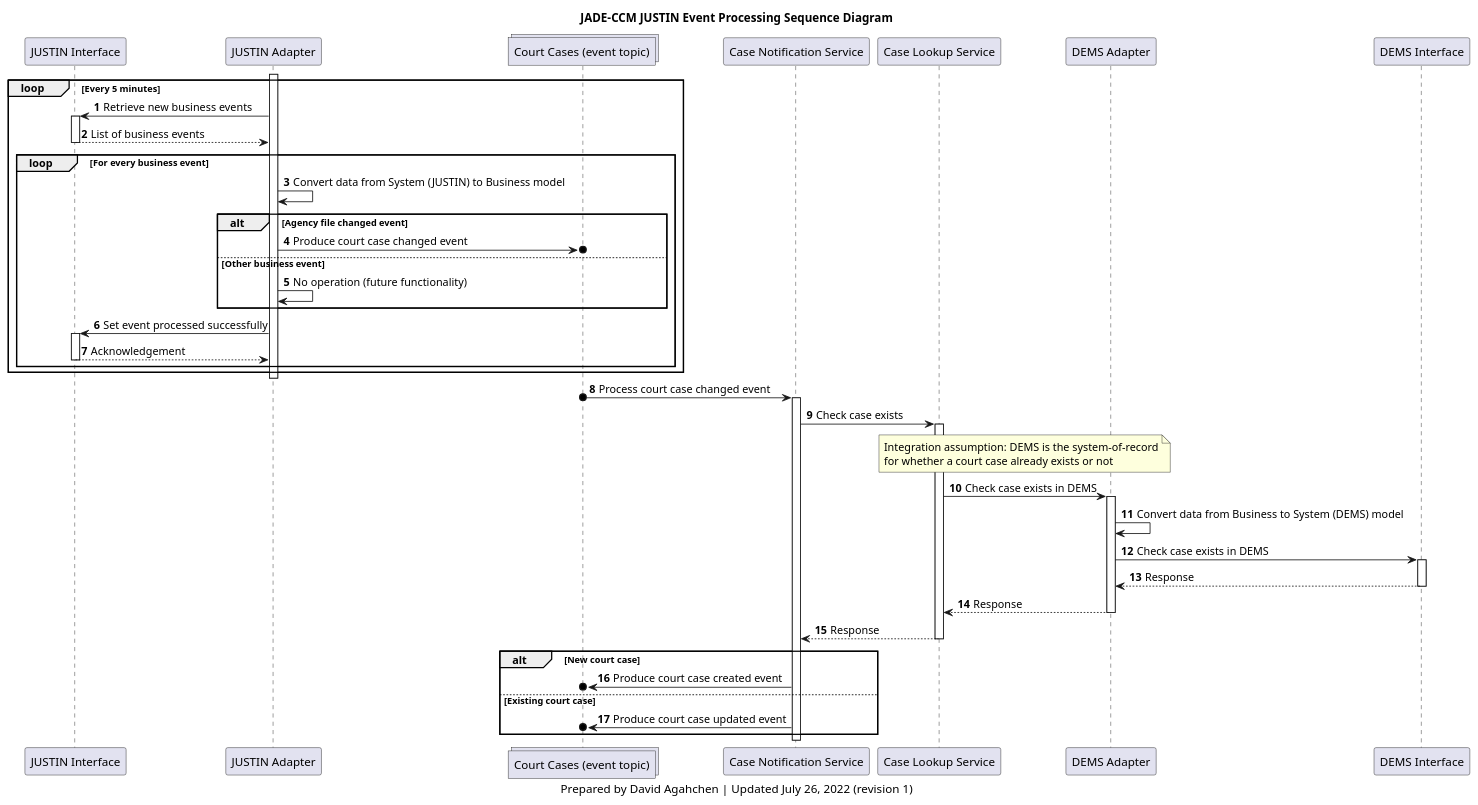
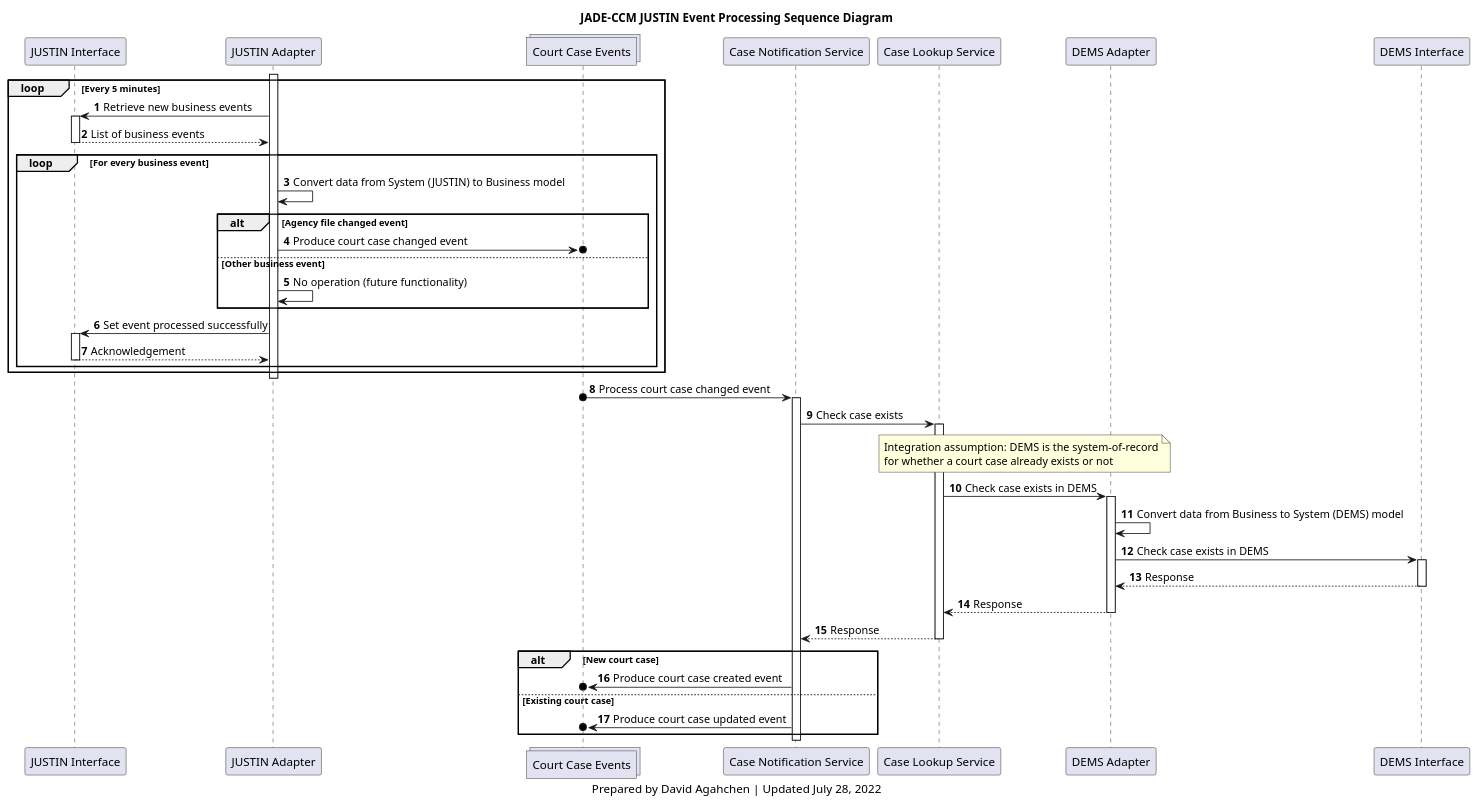
The diagram in img/src/ccm_justin_event_processing_sequence_diagram.plantuml (bcgov/jpss-jade-ccm), drawn with PlantUML before and after one commit. The commit also changed 13 other files, not shown here.

```diff
--- a/img/src/ccm_justin_event_processing_sequence_diagram.plantuml
+++ b/img/src/ccm_justin_event_processing_sequence_diagram.plantuml
@@ -1,67 +1,67 @@
 @startuml
 'hide footbox
 participant j_interface as "JUSTIN Interface"
 participant j_adapter as "JUSTIN Adapter"
-collections court_cases_topic as "Court Cases (event topic)"
+collections court_cases_topic as "Court Case Events"
 participant case_notification_service as "Case Notification Service"
 participant case_lookup_service as "Case Lookup Service"
 participant d_adapter as "DEMS Adapter"
 participant d_interface as "DEMS Interface"
 
 title
 JADE-CCM JUSTIN Event Processing Sequence Diagram
 end title
 
 autonumber
 
 activate j_adapter
 loop Every 5 minutes
     j_adapter-> j_interface: Retrieve new business events
     activate j_interface
     j_interface --> j_adapter: List of business events
     deactivate j_interface
     loop For every business event
         j_adapter -> j_adapter: Convert data from System (JUSTIN) to Business model
         alt Agency file changed event
             j_adapter ->o court_cases_topic: Produce court case changed event
         else Other business event
             j_adapter -> j_adapter: No operation (future functionality)
         end
         j_adapter -> j_interface: Set event processed successfully
         activate j_interface
         j_interface --> j_adapter: Acknowledgement
         deactivate j_interface
     end
 end
 deactivate j_adapter
 
 court_cases_topic o-> case_notification_service: Process court case changed event
 activate case_notification_service
 case_notification_service -> case_lookup_service: Check case exists
 activate case_lookup_service
 note over case_lookup_service, d_adapter
 Integration assumption: DEMS is the system-of-record
 for whether a court case already exists or not
 end note
 case_lookup_service -> d_adapter: Check case exists in DEMS
 activate d_adapter
 d_adapter -> d_adapter: Convert data from Business to System (DEMS) model
 d_adapter -> d_interface: Check case exists in DEMS
 activate d_interface
 d_interface --> d_adapter: Response
 deactivate d_interface
 d_adapter --> case_lookup_service: Response
 deactivate d_adapter
 case_lookup_service --> case_notification_service: Response
 deactivate case_lookup_service
 alt New court case
     case_notification_service ->o court_cases_topic: Produce court case created event
 else Existing court case
     case_notification_service ->o court_cases_topic: Produce court case updated event
 end
 deactivate case_notification_service
 
 caption
-Prepared by David Agahchen | Updated July 26, 2022 (revision 1)
+Prepared by David Agahchen | Updated July 28, 2022
 end caption
 @enduml
```
